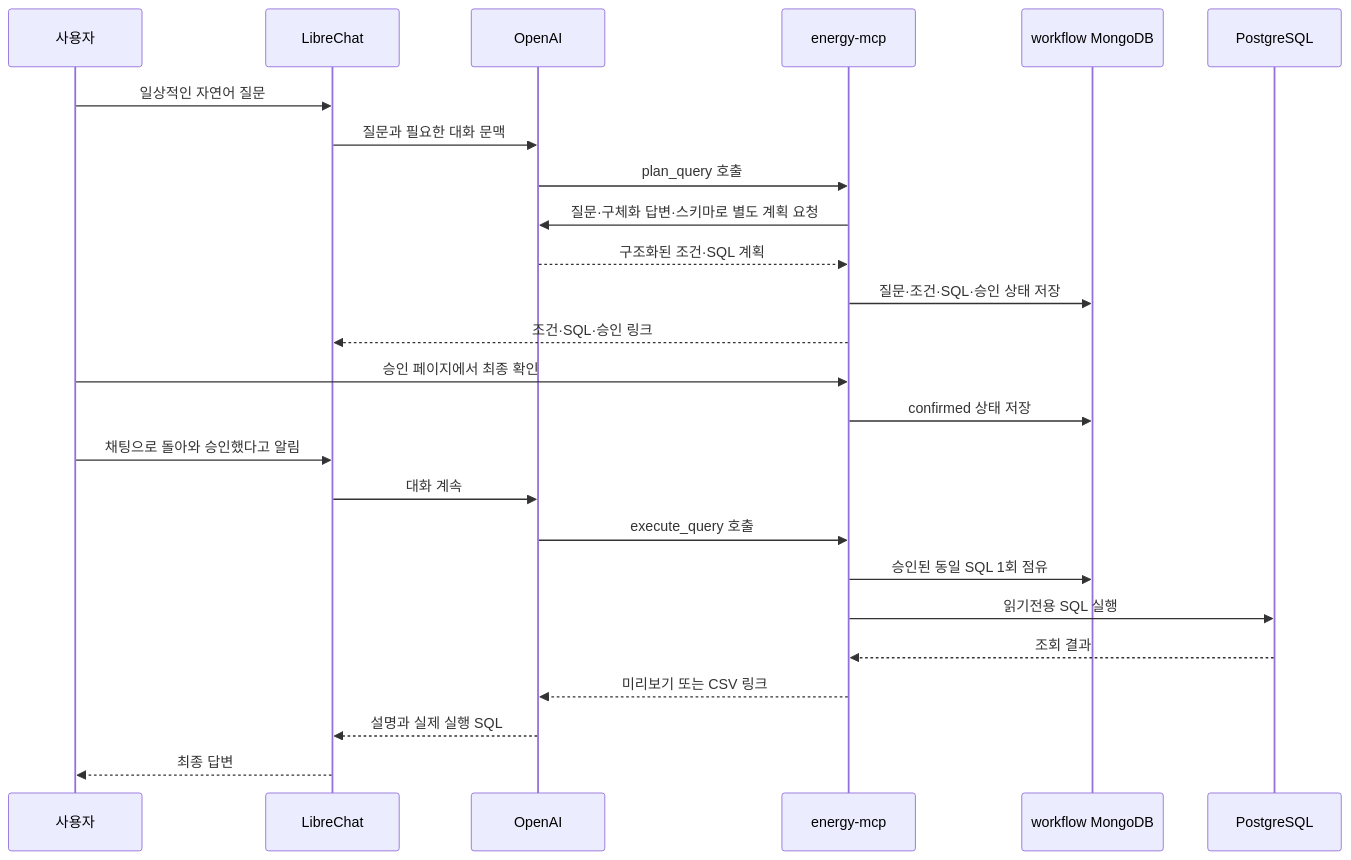
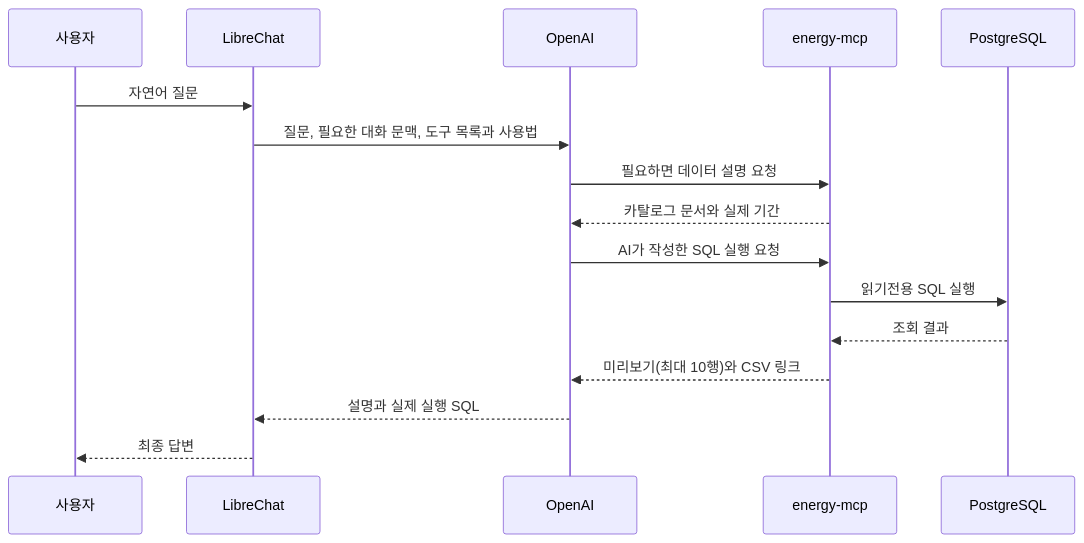
Before and after one commit to zongseung/Energy-Data-pipeline: the diagram in docs/gitbook/06-llm-transparency.md, drawn with Mermaid. The commit also changed other lines of this file and 7 other files, not shown here.

````diff
--- a/docs/gitbook/06-llm-transparency.md
+++ b/docs/gitbook/06-llm-transparency.md
@@ -10,28 +7,19 @@
 ```mermaid
 sequenceDiagram
     participant U as 사용자
     participant L as LibreChat
     participant O as OpenAI
     participant M as energy-mcp
-    participant W as workflow MongoDB
     participant P as PostgreSQL
 
-    U->>L: 일상적인 자연어 질문
-    L->>O: 질문과 필요한 대화 문맥
-    O->>M: plan_query 호출
-    M->>O: 질문·구체화 답변·스키마로 별도 계획 요청
-    O-->>M: 구조화된 조건·SQL 계획
-    M->>W: 질문·조건·SQL·승인 상태 저장
-    M-->>L: 조건·SQL·승인 링크
-    U->>M: 승인 페이지에서 최종 확인
-    M->>W: confirmed 상태 저장
-    U->>L: 채팅으로 돌아와 승인했다고 알림
-    L->>O: 대화 계속
-    O->>M: execute_query 호출
-    M->>W: 승인된 동일 SQL 1회 점유
+    U->>L: 자연어 질문
+    L->>O: 질문, 필요한 대화 문맥, 도구 목록과 사용법
+    O->>M: 필요하면 데이터 설명 요청
+    M-->>O: 카탈로그 문서와 실제 기간
+    O->>M: AI가 작성한 SQL 실행 요청
     M->>P: 읽기전용 SQL 실행
     P-->>M: 조회 결과
-    M-->>O: 미리보기 또는 CSV 링크
+    M-->>O: 미리보기(최대 10행)와 CSV 링크
     O-->>L: 설명과 실제 실행 SQL
     L-->>U: 최종 답변
 ```
````
